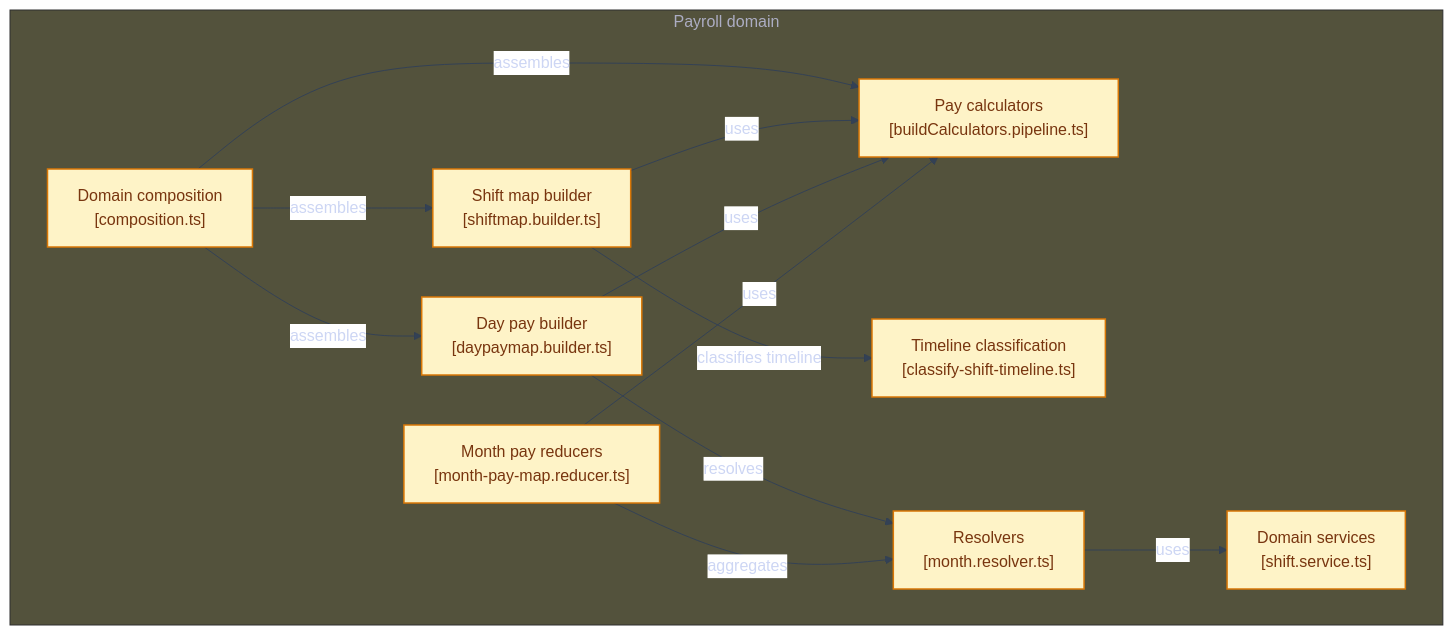
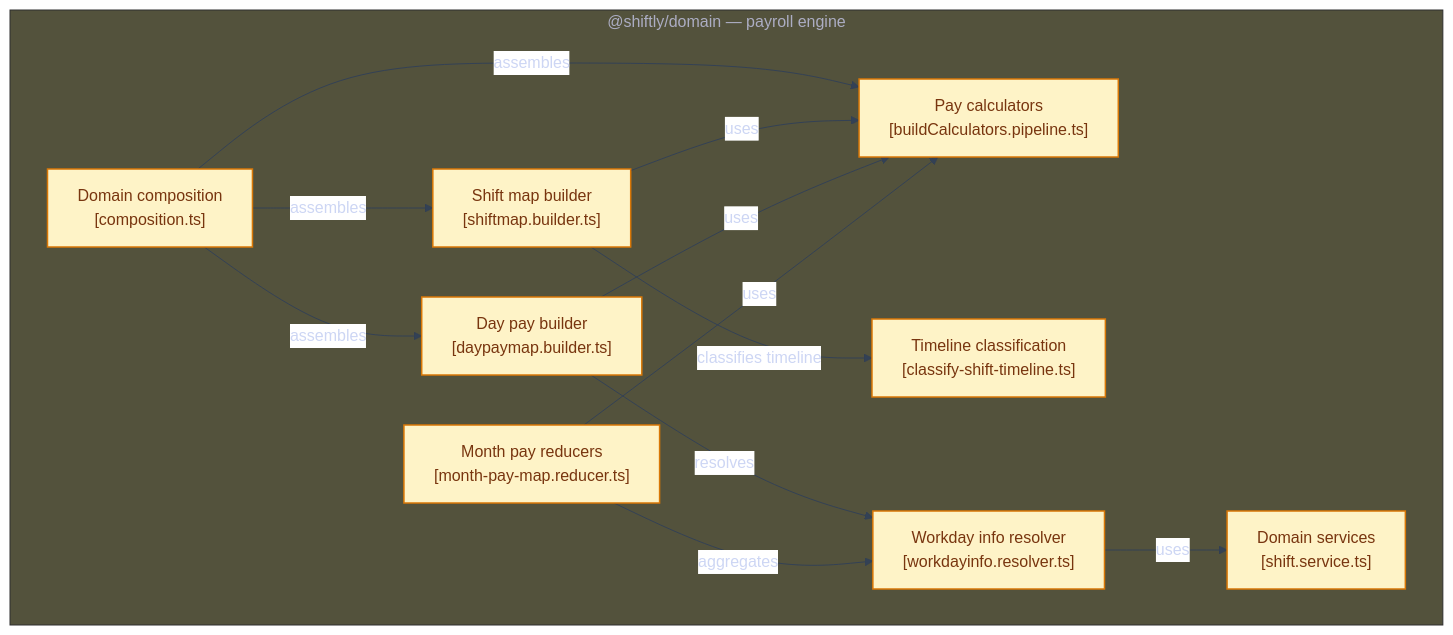
The second of 5 diagrams in docs/reference/README.md (dmaman86/shiftly), drawn with Mermaid before and after one commit. The commit also changed other lines of this file and 593 other files, not shown here.

Commit message:
refactor(domain): extract payroll engine into workspace package

````diff
--- a/docs/reference/README.md
+++ b/docs/reference/README.md
@@ -179,47 +179,47 @@
 ```mermaid
 ---
 config:
   theme: base
   themeVariables:
     background: "#1e1e2e"
     primaryColor: "#313244"
     primaryTextColor: "#cdd6f4"
     primaryBorderColor: "#89b4fa"
     lineColor: "#334155"
     edgeLabelBackground: "#ffffff"
 ---
 flowchart TD
-  subgraph group_domain["Payroll domain"]
+  subgraph group_domain["@shiftly/domain — payroll engine"]
     node_composition["Domain composition<br/>[composition.ts]"]
     node_shiftbuilder["Shift map builder<br/>[shiftmap.builder.ts]"]
     node_daybuilder["Day pay builder<br/>[daypaymap.builder.ts]"]
     node_timeline["Timeline classification<br/>[classify-shift-timeline.ts]"]
     node_calculators["Pay calculators<br/>[buildCalculators.pipeline.ts]"]
     node_monthreducer["Month pay reducers<br/>[month-pay-map.reducer.ts]"]
-    node_resolvers["Resolvers<br/>[month.resolver.ts]"]
+    node_resolvers["Workday info resolver<br/>[workdayinfo.resolver.ts]"]
     node_services["Domain services<br/>[shift.service.ts]"]
   end
 
   node_composition -->|"assembles"| node_shiftbuilder
   node_composition -->|"assembles"| node_daybuilder
   node_composition -->|"assembles"| node_calculators
   node_shiftbuilder -->|"classifies timeline"| node_timeline
   node_shiftbuilder -->|"uses"| node_calculators
   node_daybuilder -->|"uses"| node_calculators
   node_daybuilder -->|"resolves"| node_resolvers
   node_monthreducer -->|"uses"| node_calculators
   node_resolvers -->|"uses"| node_services
   node_monthreducer -->|"aggregates"| node_resolvers
 
-  click node_composition "https://github.com/dmaman86/shiftly/blob/main/src/domain/composition.ts"
-  click node_shiftbuilder "https://github.com/dmaman86/shiftly/blob/main/src/domain/builder/shiftmap.builder.ts"
-  click node_daybuilder "https://github.com/dmaman86/shiftly/blob/main/src/domain/builder/daypaymap.builder.ts"
-  click node_timeline "https://github.com/dmaman86/shiftly/blob/main/src/domain/timeline/classify-shift-timeline.ts"
-  click node_calculators "https://github.com/dmaman86/shiftly/blob/main/src/domain/pipelines/buildCalculators.pipeline.ts"
-  click node_monthreducer "https://github.com/dmaman86/shiftly/blob/main/src/domain/reducer/month-pay-map.reducer.ts"
-  click node_resolvers "https://github.com/dmaman86/shiftly/blob/main/src/domain/resolve/month.resolver.ts"
-  click node_services "https://github.com/dmaman86/shiftly/blob/main/src/domain/services/shift.service.ts"
+  click node_composition "https://github.com/dmaman86/shiftly/blob/main/packages/domain/src/composition.ts"
+  click node_shiftbuilder "https://github.com/dmaman86/shiftly/blob/main/packages/domain/src/builder/shiftmap.builder.ts"
+  click node_daybuilder "https://github.com/dmaman86/shiftly/blob/main/packages/domain/src/builder/daypaymap.builder.ts"
+  click node_timeline "https://github.com/dmaman86/shiftly/blob/main/packages/domain/src/timeline/classify-shift-timeline.ts"
+  click node_calculators "https://github.com/dmaman86/shiftly/blob/main/packages/domain/src/pipelines/buildCalculators.pipeline.ts"
+  click node_monthreducer "https://github.com/dmaman86/shiftly/blob/main/packages/domain/src/reducer/month-pay-map.reducer.ts"
+  click node_resolvers "https://github.com/dmaman86/shiftly/blob/main/packages/domain/src/resolve/workdayinfo.resolver.ts"
+  click node_services "https://github.com/dmaman86/shiftly/blob/main/packages/domain/src/services/shift.service.ts"
 
   classDef toneAmber fill:#fef3c7,stroke:#d97706,stroke-width:1.5px,color:#78350f
   class node_composition,node_shiftbuilder,node_daybuilder,node_timeline,node_calculators,node_monthreducer,node_resolvers,node_services toneAmber
 ```
````
